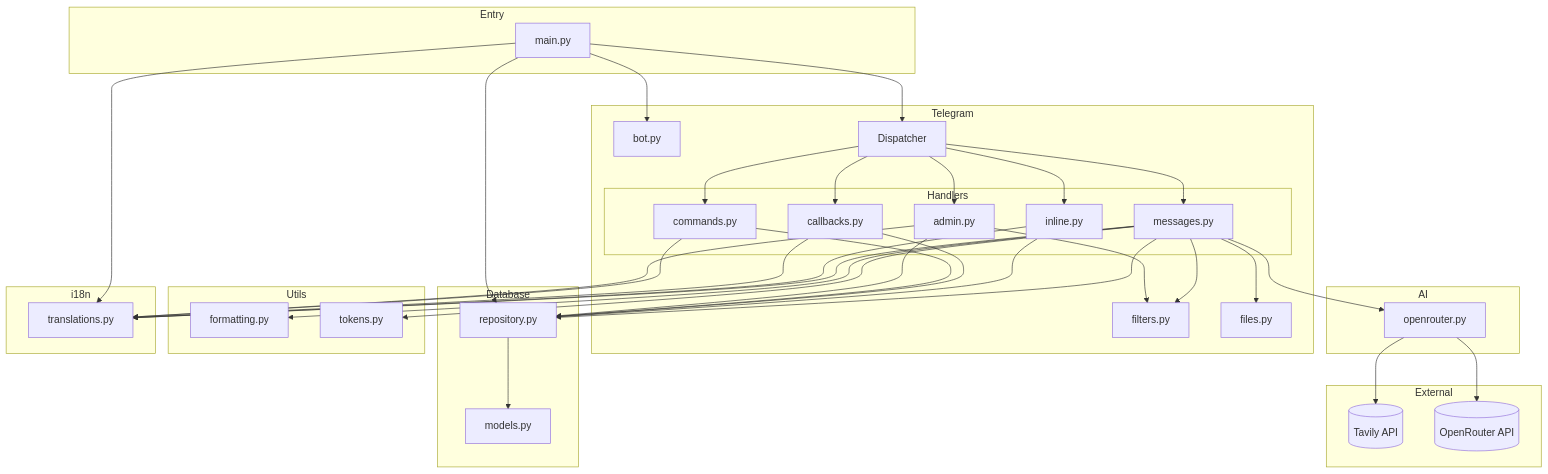
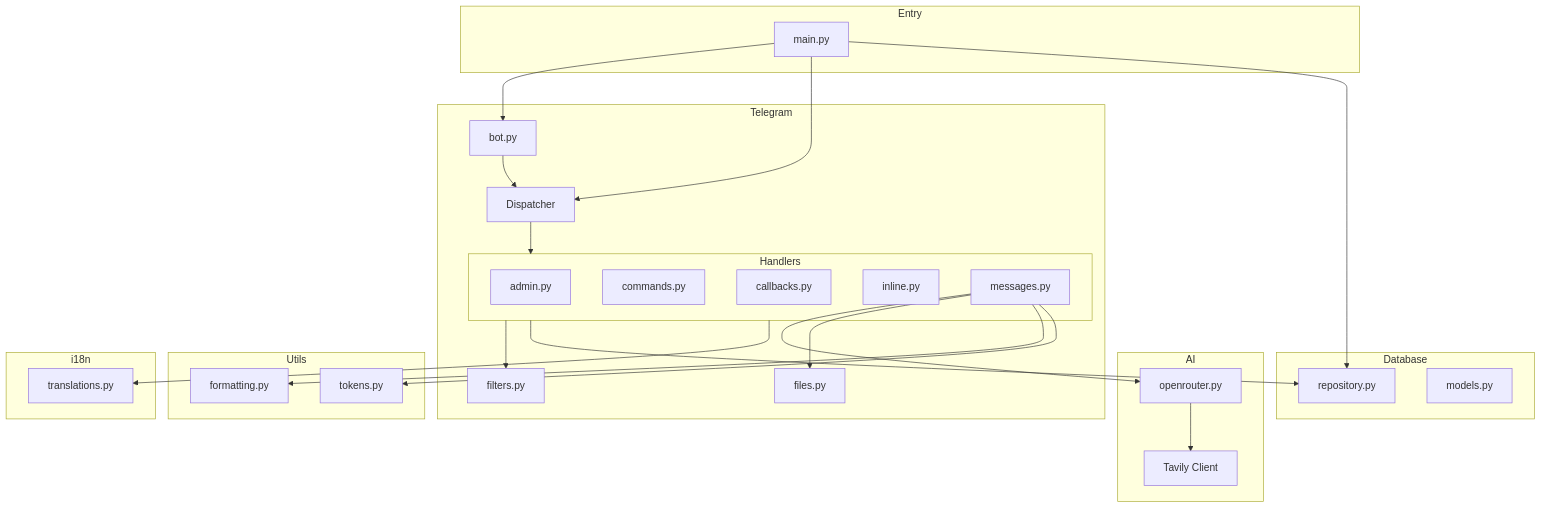
The first of 2 diagrams in docs/CODEBASE_MAP.md (karilaa-dev/ai-tg-bot), drawn with Mermaid before and after one commit. The commit also changed other lines of this file and 1 other file, not shown here.

````diff
--- a/docs/CODEBASE_MAP.md
+++ b/docs/CODEBASE_MAP.md
@@ -13,72 +13,53 @@
 ```mermaid
 graph TB
     subgraph Entry
         Main[main.py]
     end
 
     subgraph Telegram
         Bot[bot.py]
         DP[Dispatcher]
         Filters[filters.py]
         subgraph Handlers
             AdminH[admin.py]
             CmdH[commands.py]
             CallbackH[callbacks.py]
             InlineH[inline.py]
             MsgH[messages.py]
         end
         Files[files.py]
     end
 
     subgraph AI
         OR[openrouter.py]
+        Tavily[Tavily Client]
     end
 
     subgraph Database
         Repo[repository.py]
         Models[models.py]
     end
 
     subgraph Utils
         Format[formatting.py]
         Tokens[tokens.py]
     end
 
     subgraph i18n
         Trans[translations.py]
     end
 
-    subgraph External
-        Tavily[(Tavily API)]
-        OpenRouter[(OpenRouter API)]
-    end
-
     Main --> Bot
     Main --> DP
     Main --> Repo
-    Main --> Trans
-    DP --> AdminH
-    DP --> CmdH
-    DP --> CallbackH
-    DP --> InlineH
-    DP --> MsgH
-    AdminH --> Filters
-    MsgH --> Filters
-    AdminH --> Repo
-    AdminH --> Trans
-    CmdH --> Repo
-    CmdH --> Trans
-    CallbackH --> Repo
-    CallbackH --> Trans
-    InlineH --> Repo
-    InlineH --> Trans
+    Bot --> DP
+    DP --> Handlers
+    Handlers --> Filters
     MsgH --> OR
-    MsgH --> Repo
+    OR --> Tavily
+    Handlers --> Repo
+    Handlers --> Trans
     MsgH --> Files
     MsgH --> Format
     MsgH --> Tokens
-    MsgH --> Trans
-    OR --> OpenRouter
-    OR --> Tavily
-    Repo --> Models
 ```
````
